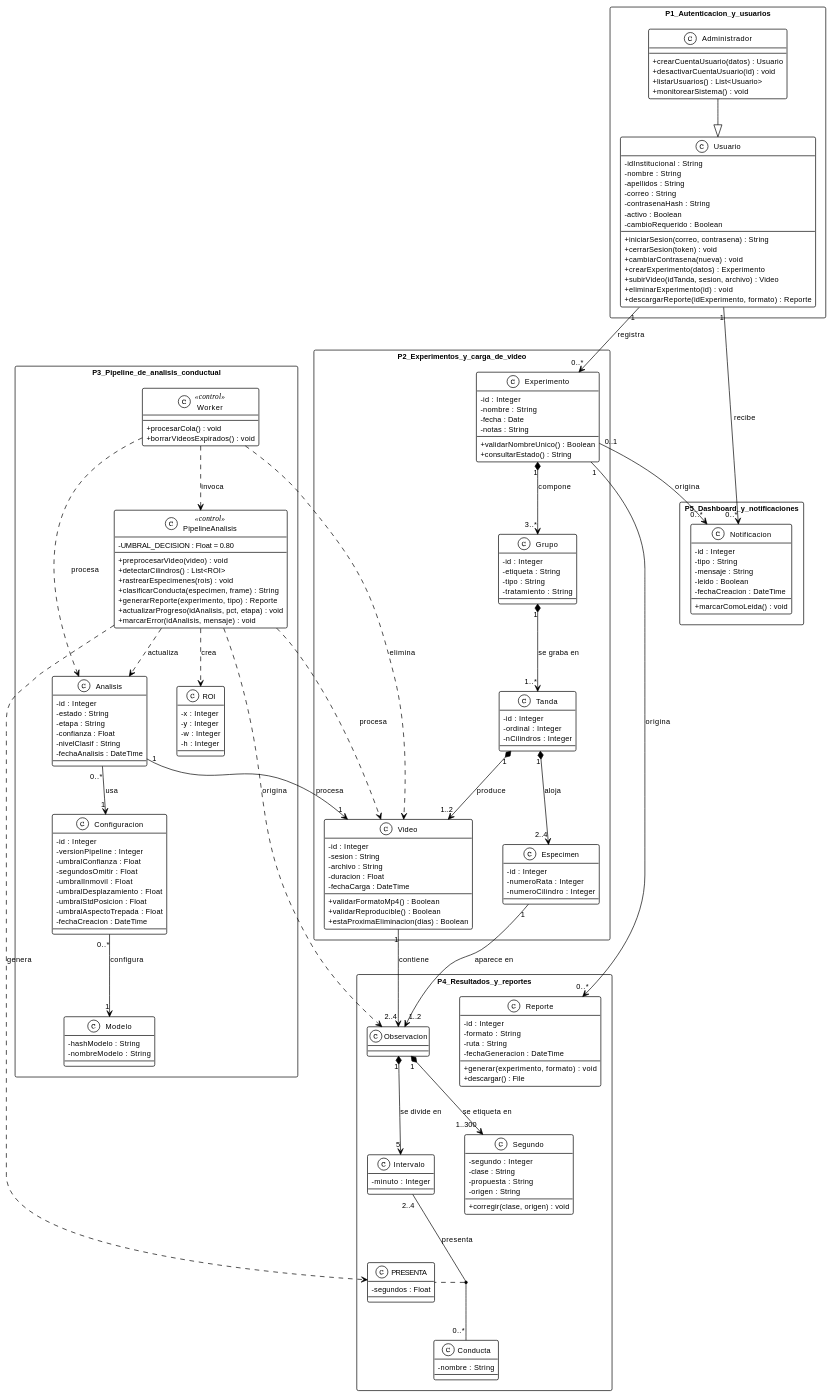
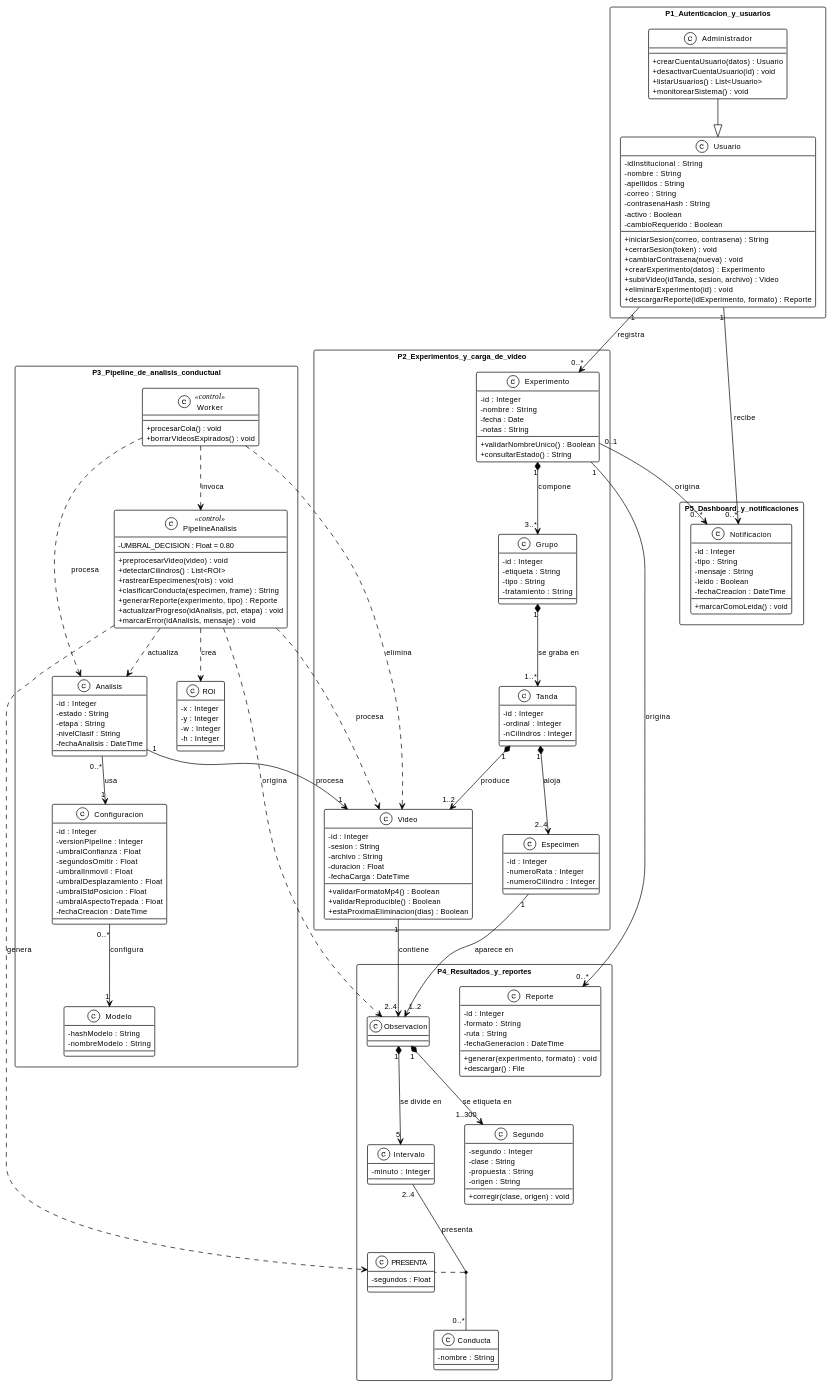
Diagram 13 of 38 in INSTRUCCIONES-WEB.md (ErickJester/fst-ai-system-latex), drawn with PlantUML before and after one commit. The commit also changed other lines of this file and 35 other files, not shown here.

```diff
--- a/INSTRUCCIONES-WEB.md
+++ b/INSTRUCCIONES-WEB.md
@@ -1518,7 +1526,6 @@
     -id : Integer
     -estado : String
     -etapa : String
-    -confianza : Float
     -nivelClasif : String
     -fechaAnalisis : DateTime
   }
```
